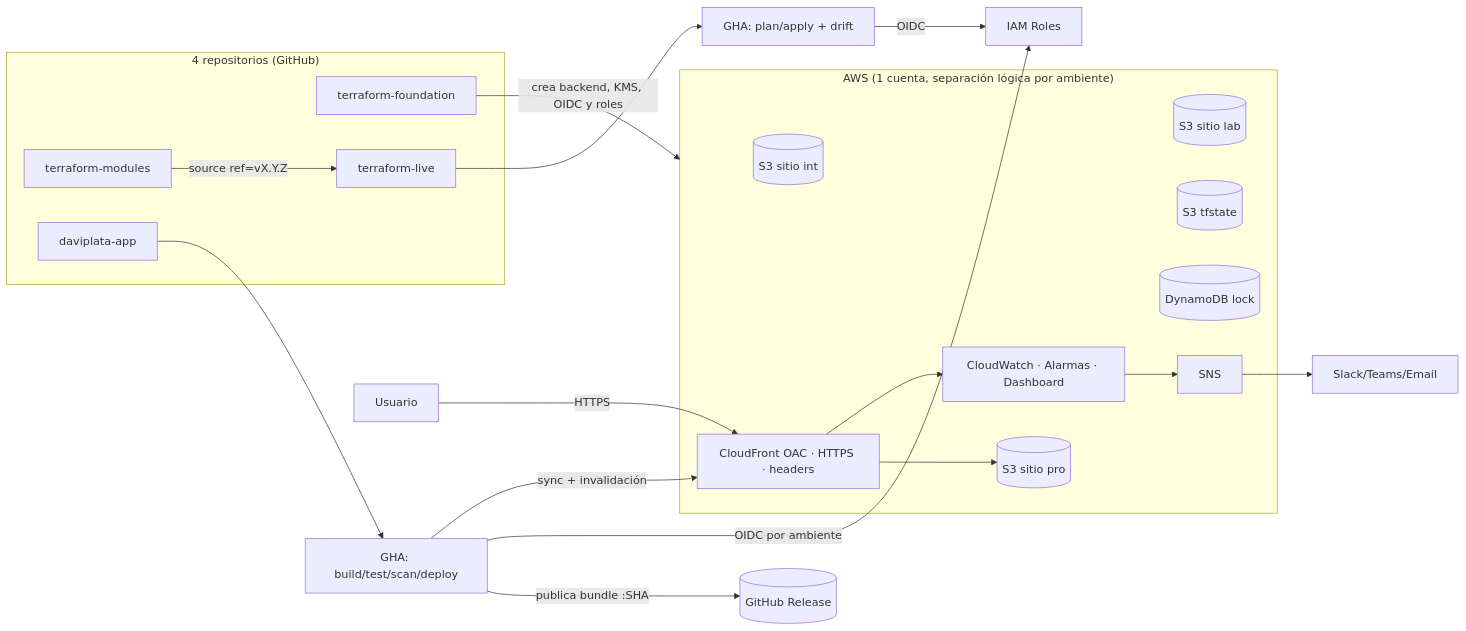
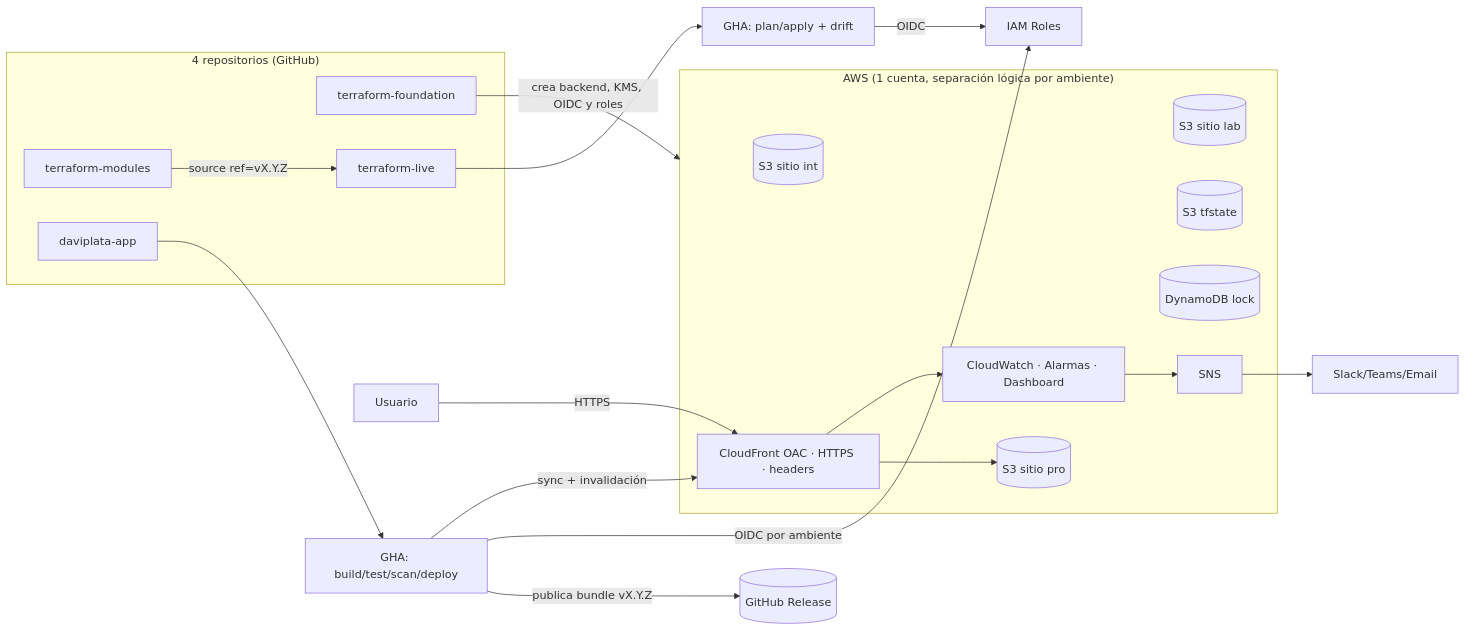
The first of 2 diagrams in docs/architecture.md (JulianMediina/daviplata-app), drawn with Mermaid before and after one commit. The commit also changed other lines of this file and 11 other files, not shown here.

````diff
--- a/docs/architecture.md
+++ b/docs/architecture.md
@@ -5,30 +5,30 @@
 ```mermaid
 flowchart LR
   subgraph Repos["4 repositorios (GitHub)"]
     RF[terraform-foundation]
     RM[terraform-modules]
     RL[terraform-live]
     RA[daviplata-app]
   end
   RF -->|crea backend, KMS, OIDC y roles| AWS
   RM -->|source ref=vX.Y.Z| RL
   RA --> GAapp[GHA: build/test/scan/deploy]
   RL --> GAinfra[GHA: plan/apply + drift]
-  GAapp -->|publica bundle :SHA| GHR[(GitHub Release)]
+  GAapp -->|publica bundle vX.Y.Z| GHR[(GitHub Release)]
   GAapp -->|OIDC por ambiente| IAM[IAM Roles]
   GAinfra -->|OIDC| IAM
 
   subgraph AWS["AWS (1 cuenta, separación lógica por ambiente)"]
     S3int[(S3 sitio int)]
     S3lab[(S3 sitio lab)]
     S3pro[(S3 sitio pro)]
     CF[CloudFront OAC · HTTPS · headers]
     CW[CloudWatch · Alarmas · Dashboard]
     S3st[(S3 tfstate)]
     DDB[(DynamoDB lock)]
     SNS[SNS]
   end
   Cliente[Usuario] -->|HTTPS| CF --> S3pro
   GAapp -->|sync + invalidación| CF
   CF --> CW --> SNS --> Notif[Slack/Teams/Email]
 ```
````
